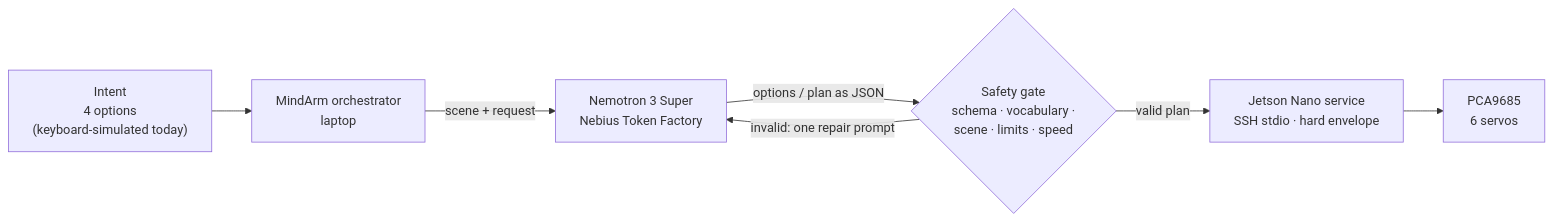
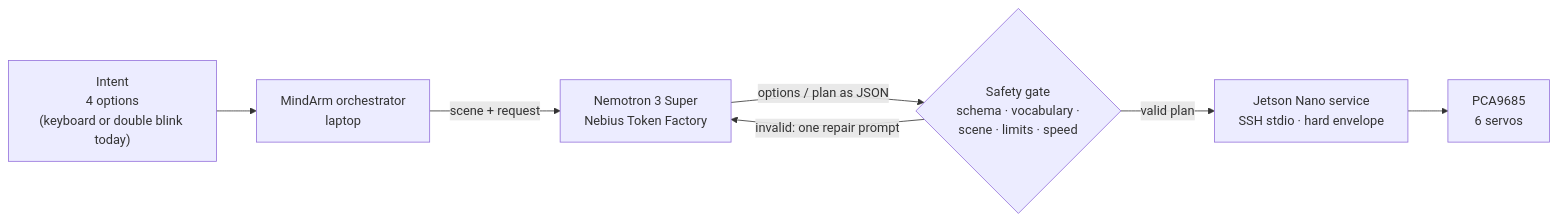
One commit to arkhangio10/mindArm changed the diagram in README.md. Above: the diagram before and after it, drawn with Mermaid. The commit also changed other lines of this file and 6 other files, not shown here.

````diff
--- a/README.md
+++ b/README.md
@@ -34,9 +37,9 @@
 ```mermaid
 flowchart LR
-    I["Intent<br/>4 options<br/>(keyboard-simulated today)"] --> O["MindArm orchestrator<br/>laptop"]
+    I["Intent<br/>4 options<br/>(keyboard or double blink today)"] --> O["MindArm orchestrator<br/>laptop"]
     O -- "scene + request" --> N["Nemotron 3 Super<br/>Nebius Token Factory"]
     N -- "options / plan as JSON" --> G{"Safety gate<br/>schema · vocabulary ·<br/>scene · limits · speed"}
     G -- "invalid: one repair prompt" --> N
     G -- "valid plan" --> J["Jetson Nano service<br/>SSH stdio · hard envelope"]
     J --> A["PCA9685<br/>6 servos"]
 ```
````
